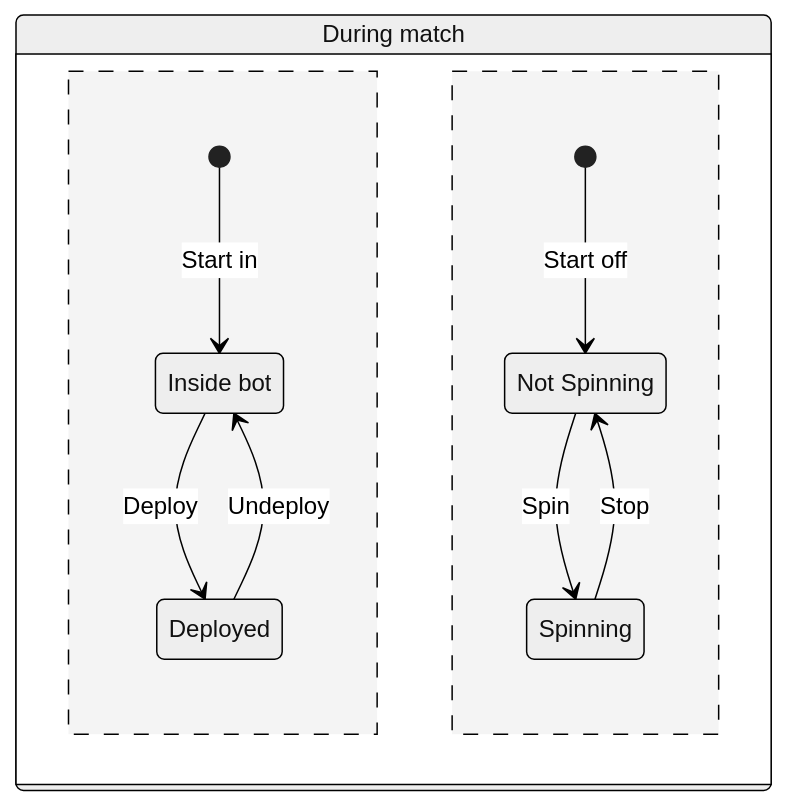
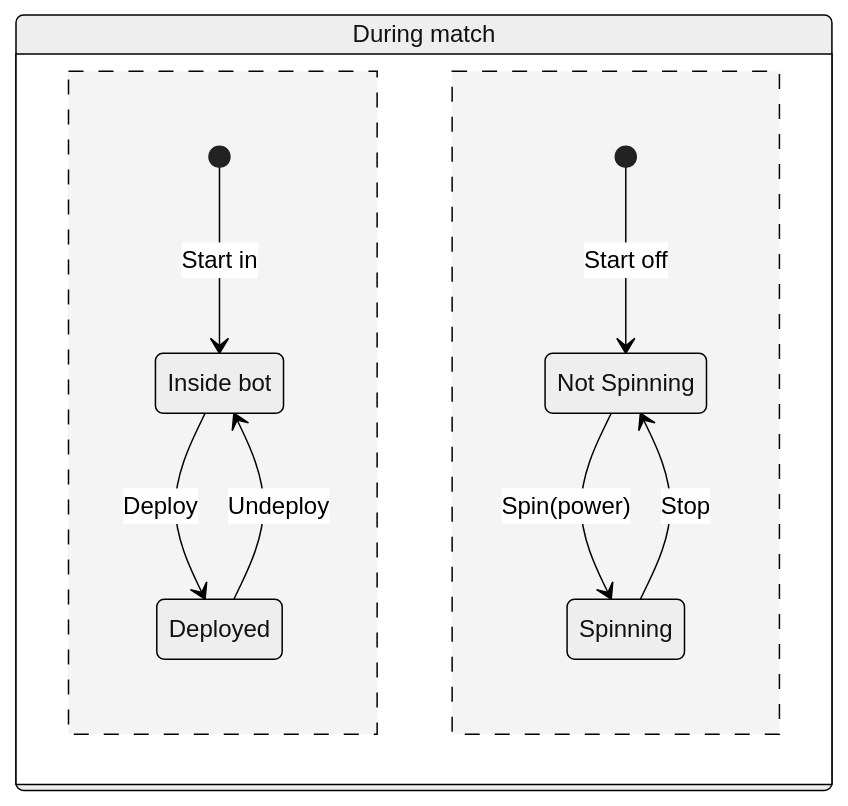
The second of 5 diagrams in docs/state_diagrams.md (FRCTeam2992/Robot2023), drawn with Mermaid (neutral theme) before and after one commit. The commit also changed other lines of this file and 3 other files, not shown here.

Commit message:
Updates to bot documentation, including changes to state diagrams and new subsystems and command sequences docs

````diff
--- a/docs/state_diagrams.md
+++ b/docs/state_diagrams.md
@@ -49,17 +52,17 @@
 ```mermaid
 stateDiagram-v2
     state "During match" as match {
         in: Inside bot
         out: Deployed
         [*] --> in: Start in
         in --> out: Deploy
         out --> in: Undeploy
         --
         off: Not Spinning
         on: Spinning
 
         [*] --> off: Start off
-        off --> on: Spin
+        off --> on: Spin(power)
         on --> off: Stop
     }
 ```
````
